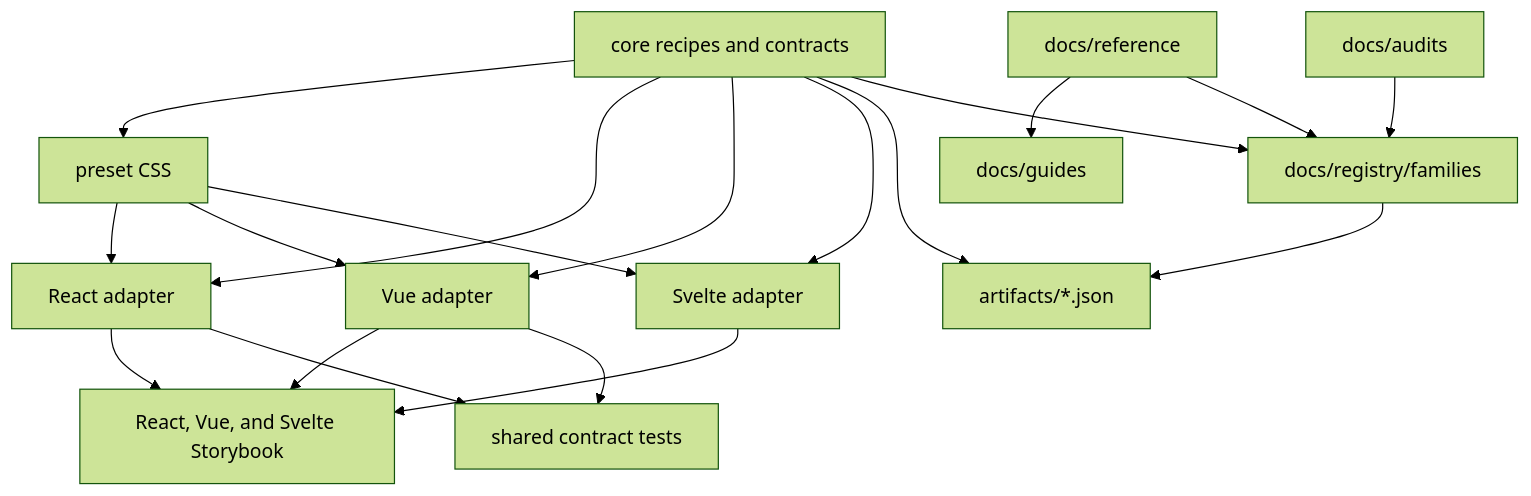
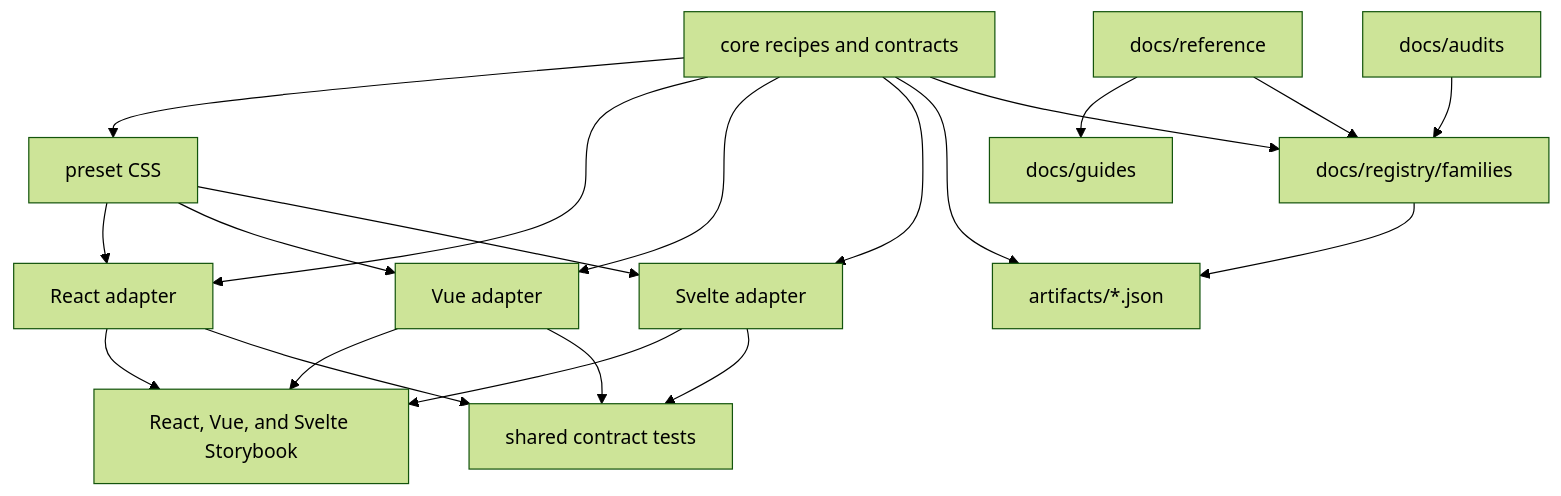
Before and after one commit to niklas-westman/marwes: the diagram in docs/reference/repo-map.md, drawn with Mermaid (forest theme). The commit also changed other lines of this file and 1243 other files, not shown here.

````diff
--- a/docs/reference/repo-map.md
+++ b/docs/reference/repo-map.md
@@ -14,34 +14,35 @@
 ```mermaid
 graph TD
   Core[core recipes and contracts]
   Presets[preset CSS]
   React[React adapter]
   Vue[Vue adapter]
   Svelte[Svelte adapter]
   Stories[React, Vue, and Svelte Storybook]
   Contracts[shared contract tests]
   Registry[docs/registry/families]
   Audits[docs/audits]
   Artifacts[artifacts/*.json]
   Reference[docs/reference]
   Guides[docs/guides]
 
   Core --> Presets
   Core --> React
   Core --> Vue
   Core --> Svelte
   Presets --> React
   Presets --> Vue
   Presets --> Svelte
   React --> Stories
   Vue --> Stories
   Svelte --> Stories
   React --> Contracts
   Vue --> Contracts
+  Svelte --> Contracts
   Core --> Artifacts
   Core --> Registry
   Registry --> Artifacts
   Audits --> Registry
   Reference --> Guides
   Reference --> Registry
 ```
````
